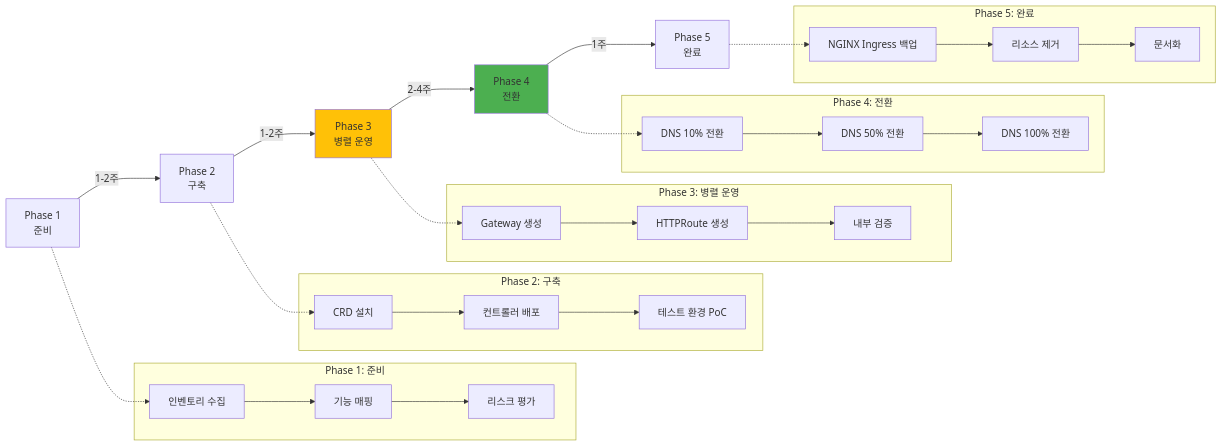
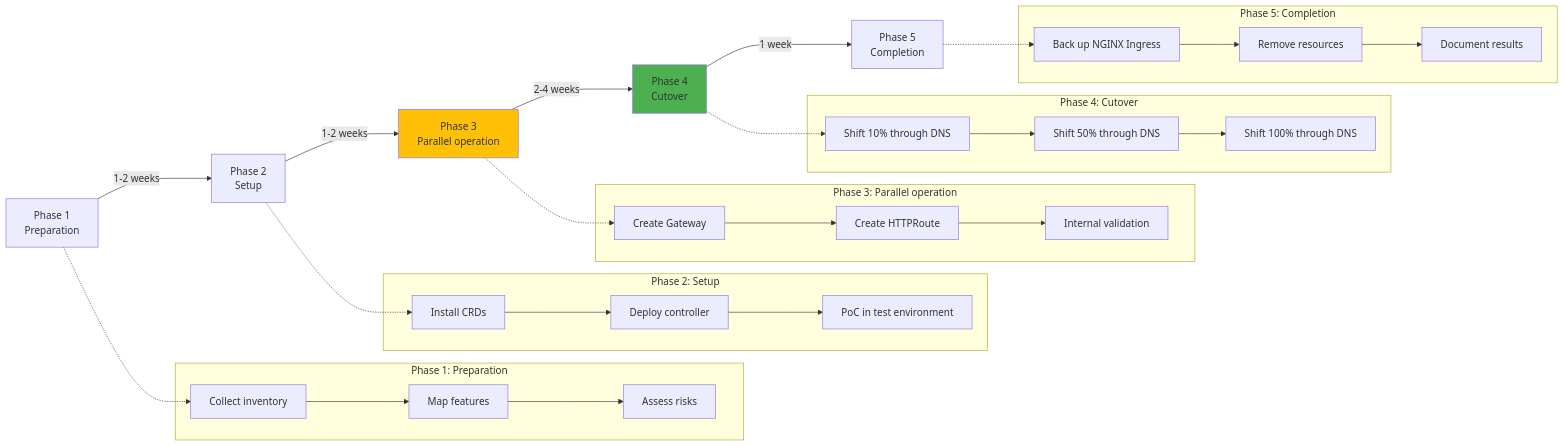
The diagram in docs/eks-best-practices/networking-performance/gateway-api-adoption-guide/migration-execution-strategy.md (devfloor9/engineering-playbook), drawn with Mermaid before and after one commit. The commit also changed other lines of this file and 954 other files, not shown here.

````diff
--- a/docs/eks-best-practices/networking-performance/gateway-api-adoption-guide/migration-execution-strategy.md
+++ b/docs/eks-best-practices/networking-performance/gateway-api-adoption-guide/migration-execution-strategy.md
@@ -125,66 +125,66 @@
 ```mermaid
 flowchart LR
-    P1[Phase 1<br/>준비]
-    P2[Phase 2<br/>구축]
-    P3[Phase 3<br/>병렬 운영]
-    P4[Phase 4<br/>전환]
-    P5[Phase 5<br/>완료]
+    P1[Phase 1<br/>Preparation]
+    P2[Phase 2<br/>Setup]
+    P3[Phase 3<br/>Parallel operation]
+    P4[Phase 4<br/>Cutover]
+    P5[Phase 5<br/>Completion]
 
-    P1 -->|1-2주| P2
-    P2 -->|1-2주| P3
-    P3 -->|2-4주| P4
-    P4 -->|1주| P5
+    P1 -->|1-2 weeks| P2
+    P2 -->|1-2 weeks| P3
+    P3 -->|2-4 weeks| P4
+    P4 -->|1 week| P5
 
-    subgraph "Phase 1: 준비"
-        P1A[인벤토리 수집]
-        P1B[기능 매핑]
-        P1C[리스크 평가]
+    subgraph "Phase 1: Preparation"
+        P1A[Collect inventory]
+        P1B[Map features]
+        P1C[Assess risks]
     end
 
-    subgraph "Phase 2: 구축"
-        P2A[CRD 설치]
-        P2B[컨트롤러 배포]
-        P2C[테스트 환경 PoC]
+    subgraph "Phase 2: Setup"
+        P2A[Install CRDs]
+        P2B[Deploy controller]
+        P2C[PoC in test environment]
     end
 
-    subgraph "Phase 3: 병렬 운영"
-        P3A[Gateway 생성]
-        P3B[HTTPRoute 생성]
-        P3C[내부 검증]
+    subgraph "Phase 3: Parallel operation"
+        P3A[Create Gateway]
+        P3B[Create HTTPRoute]
+        P3C[Internal validation]
     end
 
-    subgraph "Phase 4: 전환"
-        P4A[DNS 10% 전환]
-        P4B[DNS 50% 전환]
-        P4C[DNS 100% 전환]
+    subgraph "Phase 4: Cutover"
+        P4A[Shift 10% through DNS]
+        P4B[Shift 50% through DNS]
+        P4C[Shift 100% through DNS]
     end
 
-    subgraph "Phase 5: 완료"
-        P5A[NGINX Ingress 백업]
-        P5B[리소스 제거]
-        P5C[문서화]
+    subgraph "Phase 5: Completion"
+        P5A[Back up NGINX Ingress]
+        P5B[Remove resources]
+        P5C[Document results]
     end
 
     P1 -.-> P1A
     P1A --> P1B
     P1B --> P1C
 
     P2 -.-> P2A
     P2A --> P2B
     P2B --> P2C
 
     P3 -.-> P3A
     P3A --> P3B
     P3B --> P3C
 
     P4 -.-> P4A
     P4A --> P4B
     P4B --> P4C
 
     P5 -.-> P5A
     P5A --> P5B
     P5B --> P5C
 
     style P4 fill:#4CAF50
     style P3 fill:#FFC107
 ```
````
